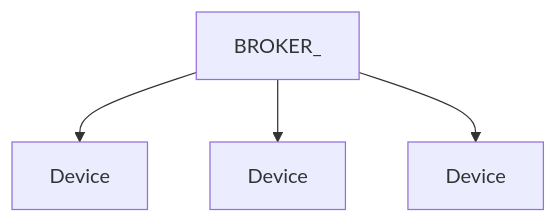
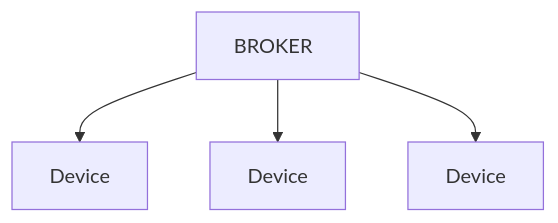
Before and after one commit to e-kucheriavyi/holy-spring-2026-home: the second of 2 diagrams in slides.md, drawn with Mermaid. The commit also changed other lines of this file and 2 other files, not shown here.

````diff
--- a/slides.md
+++ b/slides.md
@@ -943,6 +945,6 @@
 ```mermaid {scale: 1.5}
 flowchart TD
-    Host["BROKER_"] --> NodeA["Device"]
+    Host["BROKER<span style='opacity: 0;'>_</span>"] --> NodeA["Device"]
     Host --> NodeB["Device"]
     Host --> NodeC["Device"]
 ```
````
